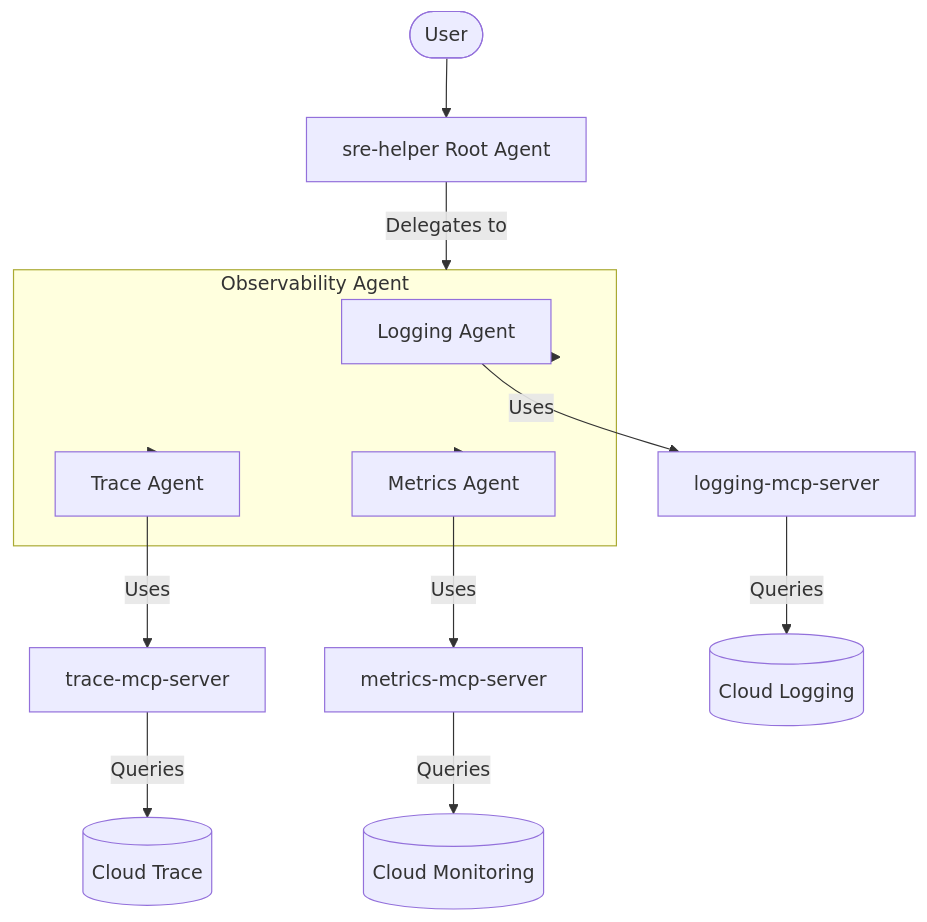
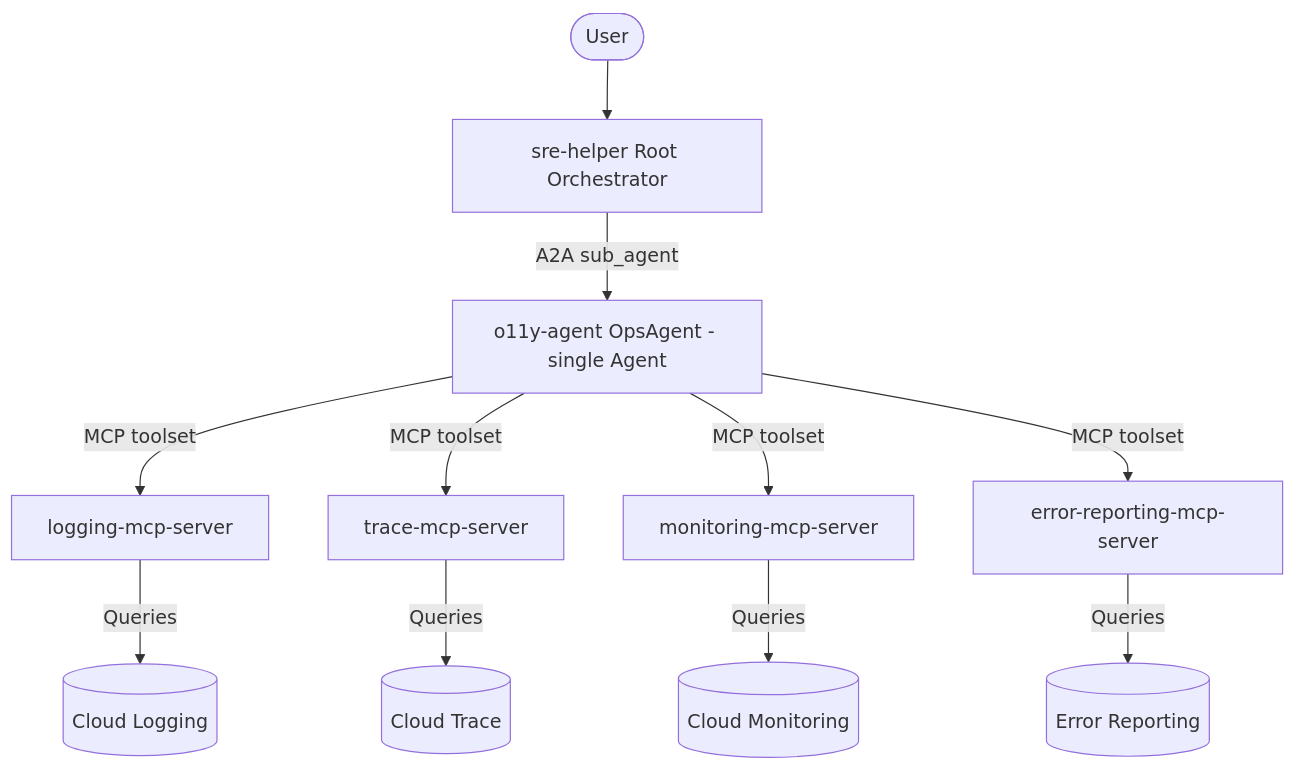
One commit to srtux/autosre changed the diagram in docs/architecture.md. Above: the diagram before and after it, drawn with Mermaid. The commit also changed other lines of this file and 26 other files, not shown here.

````diff
--- a/docs/architecture.md
+++ b/docs/architecture.md
@@ -13,23 +13,15 @@
 ```mermaid
 graph TD
-    User([User]) --> SREHelper[sre-helper Root Agent]
-    SREHelper -->|Delegates to| O11yAgent[o11y-agent ParallelAgent]
-    
-    subgraph O11yAgent [Observability Agent]
-        LoggingAgent[Logging Agent]
-        TraceAgent[Trace Agent]
-        MetricsAgent[Metrics Agent]
-    end
-    
-    O11yAgent -.-> LoggingAgent
-    O11yAgent -.-> TraceAgent
-    O11yAgent -.-> MetricsAgent
-    
-    LoggingAgent -->|Uses| LoggingMCP[logging-mcp-server]
-    TraceAgent -->|Uses| TraceMCP[trace-mcp-server]
-    MetricsAgent -->|Uses| MetricsMCP[metrics-mcp-server]
-    
+    User([User]) --> SREHelper[sre-helper Root Orchestrator]
+    SREHelper -->|A2A sub_agent| O11yAgent[o11y-agent OpsAgent - single Agent]
+
+    O11yAgent -->|MCP toolset| LoggingMCP[logging-mcp-server]
+    O11yAgent -->|MCP toolset| TraceMCP[trace-mcp-server]
+    O11yAgent -->|MCP toolset| MonitoringMCP[monitoring-mcp-server]
+    O11yAgent -->|MCP toolset| ErrorMCP[error-reporting-mcp-server]
+
     LoggingMCP -->|Queries| GCP_Logging[(Cloud Logging)]
     TraceMCP -->|Queries| GCP_Trace[(Cloud Trace)]
-    MetricsMCP -->|Queries| GCP_Metrics[(Cloud Monitoring)]
+    MonitoringMCP -->|Queries| GCP_Monitoring[(Cloud Monitoring)]
+    ErrorMCP -->|Queries| GCP_Error[(Error Reporting)]
 ```
````
